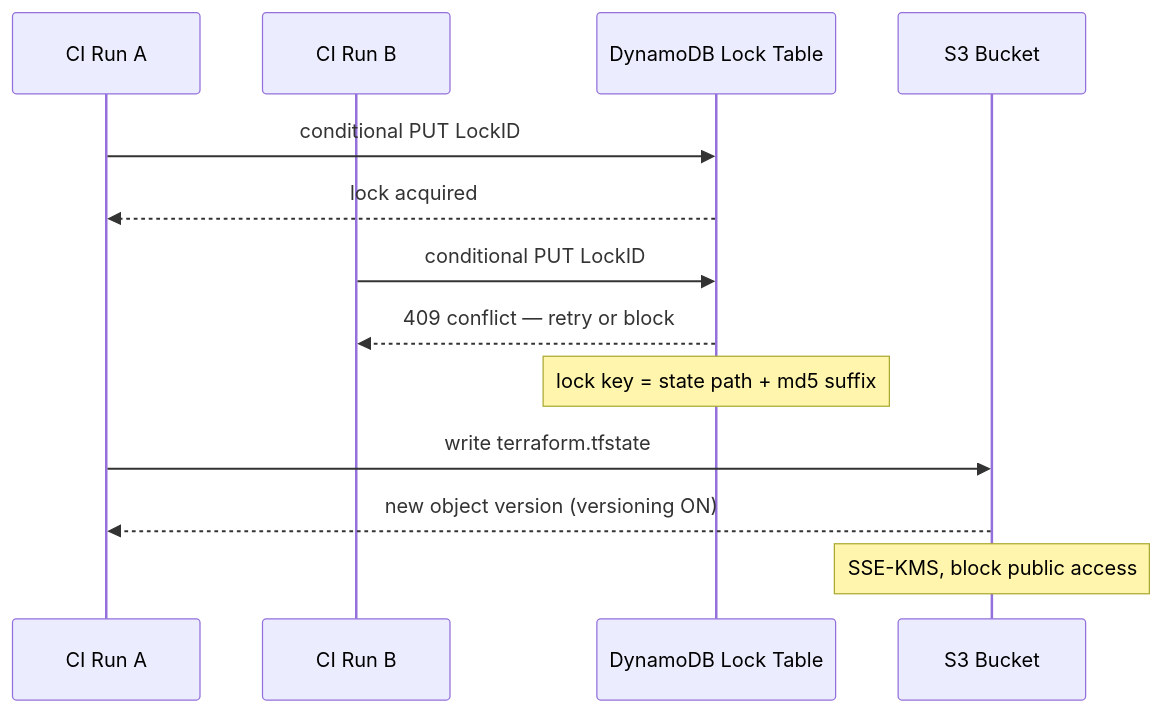
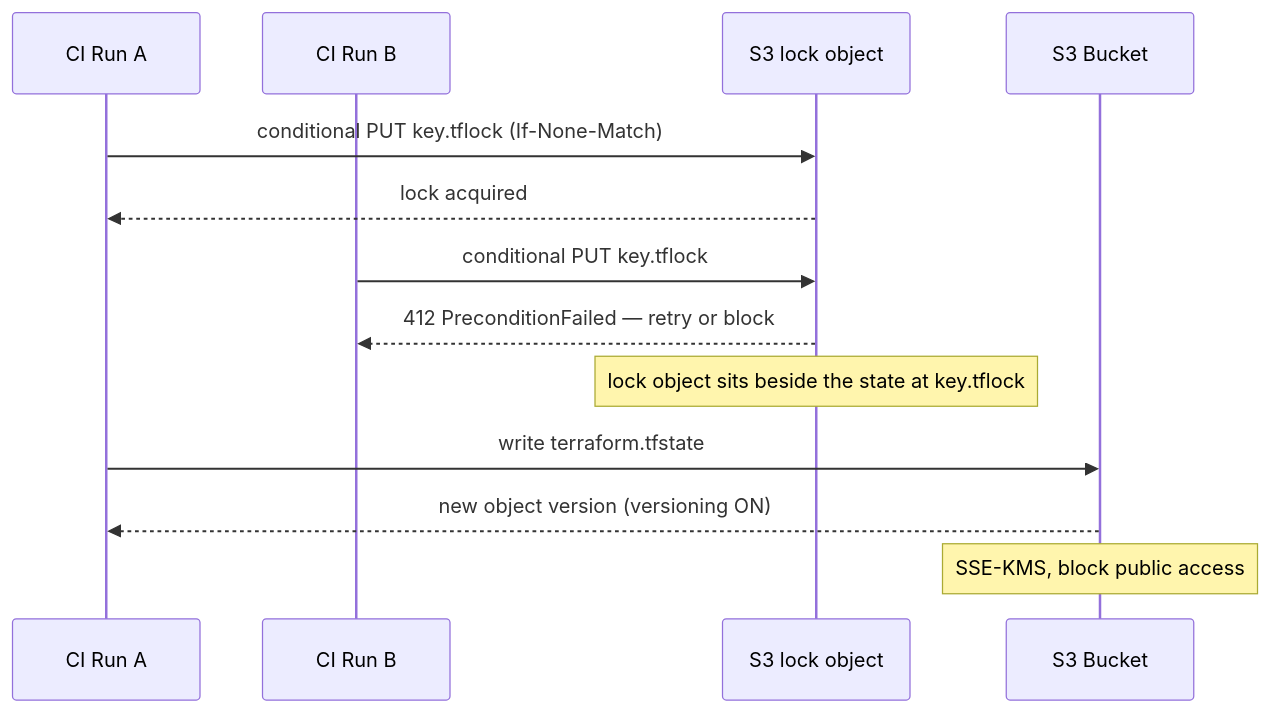
The second of 5 diagrams in src/main/java/com/rutik/systemdesign/devops/case_studies/cross_cutting/terraform_state_at_scale.md (rppol/system-design), drawn with Mermaid before and after one commit. The commit also changed other lines of this file and 7 other files, not shown here.

````diff
--- a/src/main/java/com/rutik/systemdesign/devops/case_studies/cross_cutting/terraform_state_at_scale.md
+++ b/src/main/java/com/rutik/systemdesign/devops/case_studies/cross_cutting/terraform_state_at_scale.md
@@ -109,16 +109,16 @@
 ```mermaid
 sequenceDiagram
     participant A as CI Run A
     participant B as CI Run B
-    participant D as DynamoDB Lock Table
+    participant L as S3 lock object
     participant S as S3 Bucket
 
-    A->>D: conditional PUT LockID
-    D-->>A: lock acquired
-    B->>D: conditional PUT LockID
-    D-->>B: 409 conflict — retry or block
-    Note over D: lock key = state path + md5 suffix
+    A->>L: conditional PUT key.tflock (If-None-Match)
+    L-->>A: lock acquired
+    B->>L: conditional PUT key.tflock
+    L-->>B: 412 PreconditionFailed — retry or block
+    Note over L: lock object sits beside the state at key.tflock
     A->>S: write terraform.tfstate
     S-->>A: new object version (versioning ON)
     Note over S: SSE-KMS, block public access
 ```
````
